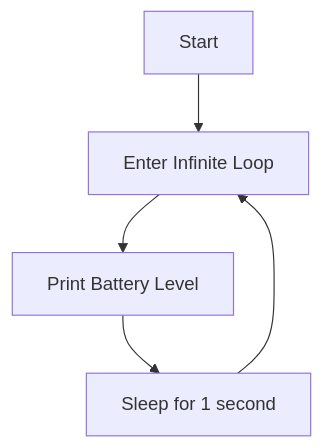
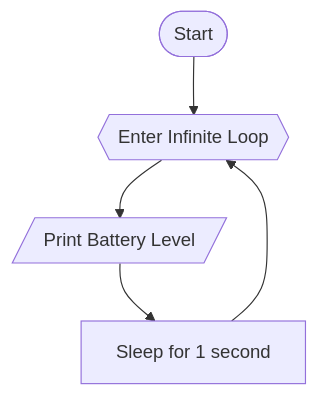
The first of 3 diagrams in README.md (WingTillDie/battery-level-wsl), drawn with Mermaid before and after one commit. The commit also changed other lines of this file, not shown here.

````diff
--- a/README.md
+++ b/README.md
@@ -5,10 +5,10 @@
 ```mermaid
 flowchart TD
-    Start --> For
-    For[Enter Infinite Loop]
+    Start([Start]) --> For
+    For{{Enter Infinite Loop}}
     For --> Battery
-    Battery[Print Battery Level]
+    Battery[/Print Battery Level/]
     Battery --> Sleep
     Sleep --> For
     Sleep[Sleep for 1 second]
 ```
````
